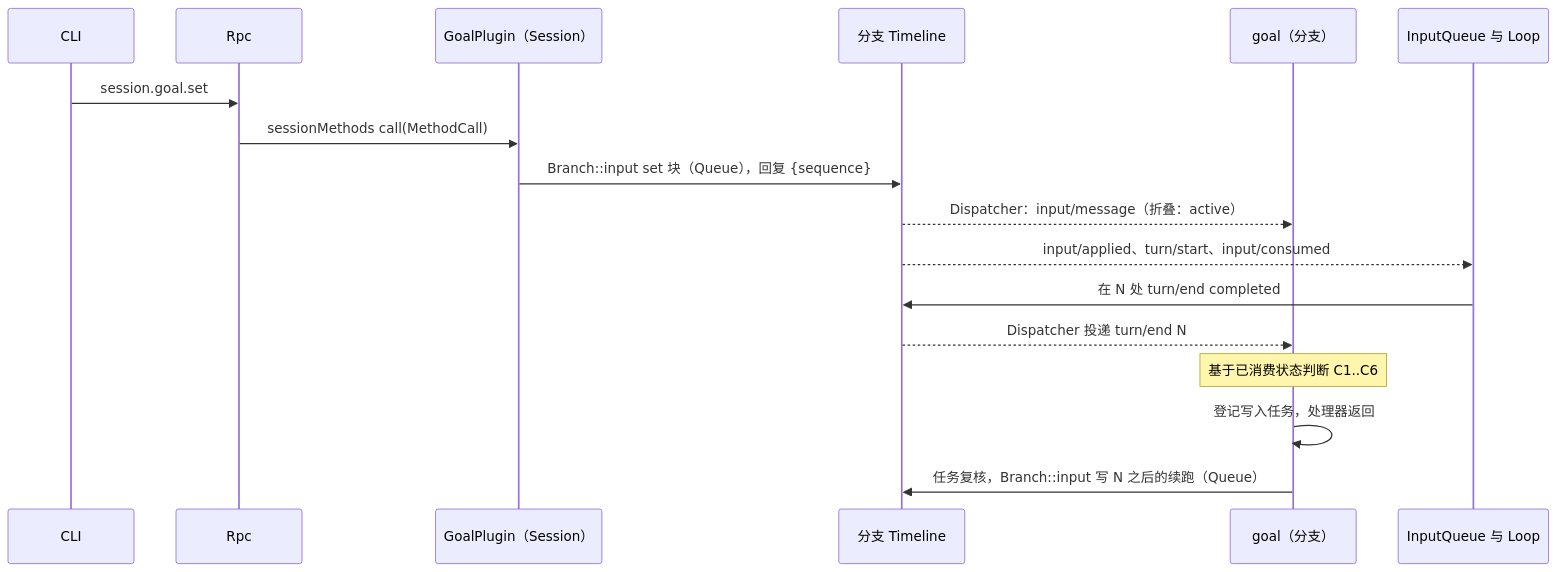
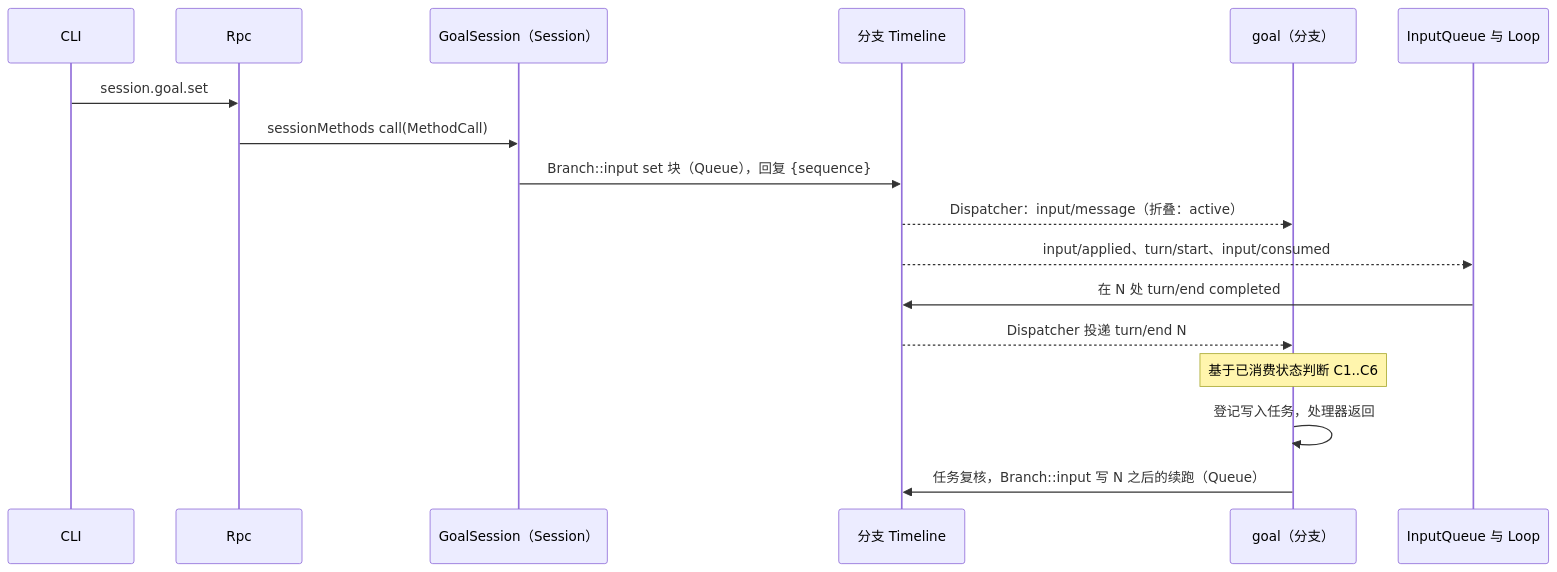
The third of 7 diagrams in docs/zh/design/plugins/Goal.md (CoutinhoTTS/dim-agent), drawn with Mermaid before and after one commit. The commit also changed other lines of this file and 5 other files, not shown here.

````diff
--- a/docs/zh/design/plugins/Goal.md
+++ b/docs/zh/design/plugins/Goal.md
@@ -109,19 +109,19 @@
 ```mermaid
 sequenceDiagram
   participant CLI
   participant Rpc
-  participant GS as GoalPlugin（Session）
+  participant GS as GoalSession（Session）
   participant TL as 分支 Timeline
   participant G as goal（分支）
   participant IQ as InputQueue 与 Loop
   CLI->>Rpc: session.goal.set
   Rpc->>GS: sessionMethods call(MethodCall)
   GS->>TL: Branch::input set 块（Queue），回复 {sequence}
   TL-->>G: Dispatcher：input/message（折叠：active）
   TL-->>IQ: input/applied、turn/start、input/consumed
   IQ->>TL: 在 N 处 turn/end completed
   TL-->>G: Dispatcher 投递 turn/end N
   Note over G: 基于已消费状态判断 C1..C6
   G->>G: 登记写入任务，处理器返回
   G->>TL: 任务复核，Branch::input 写 N 之后的续跑（Queue）
 ```
````
